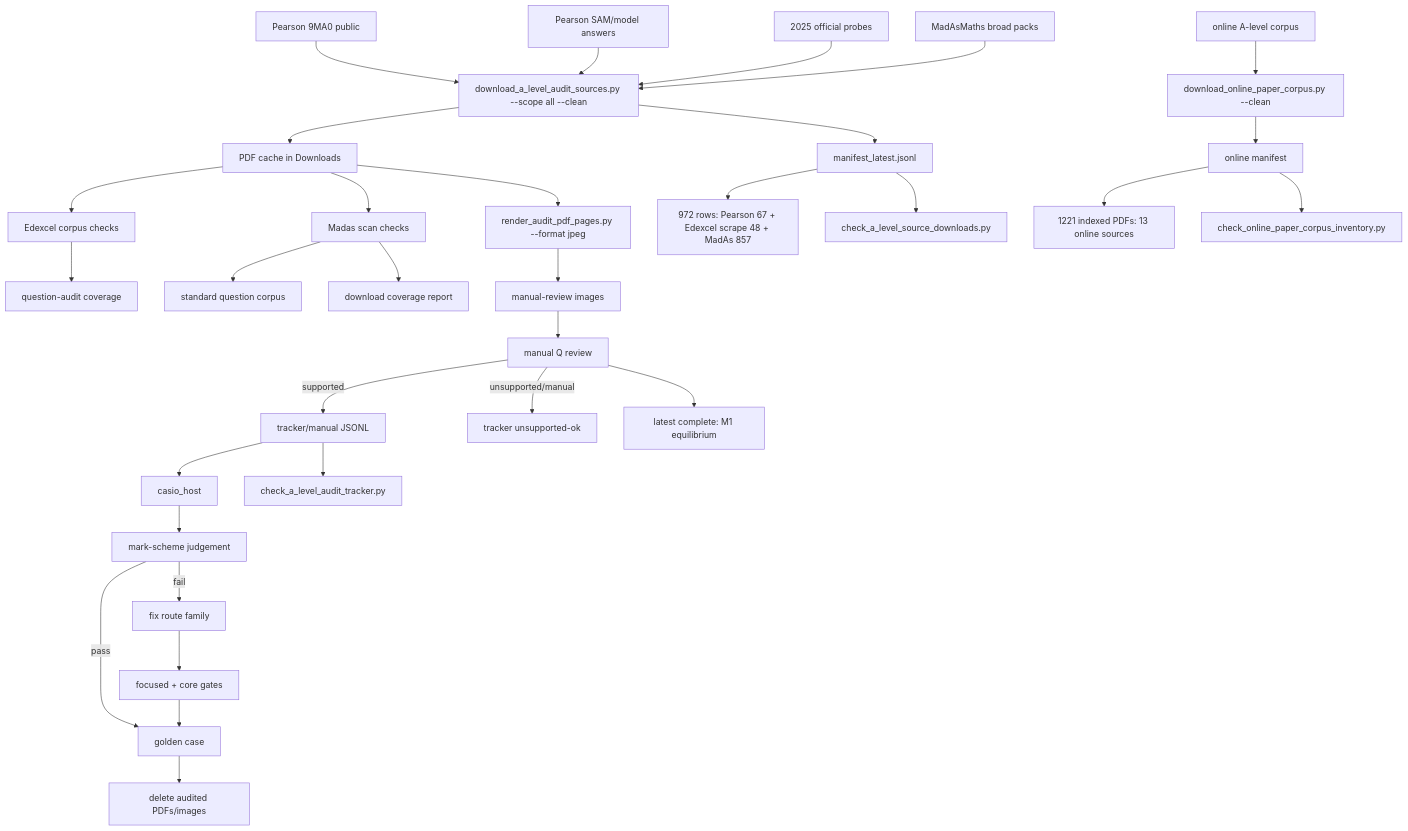
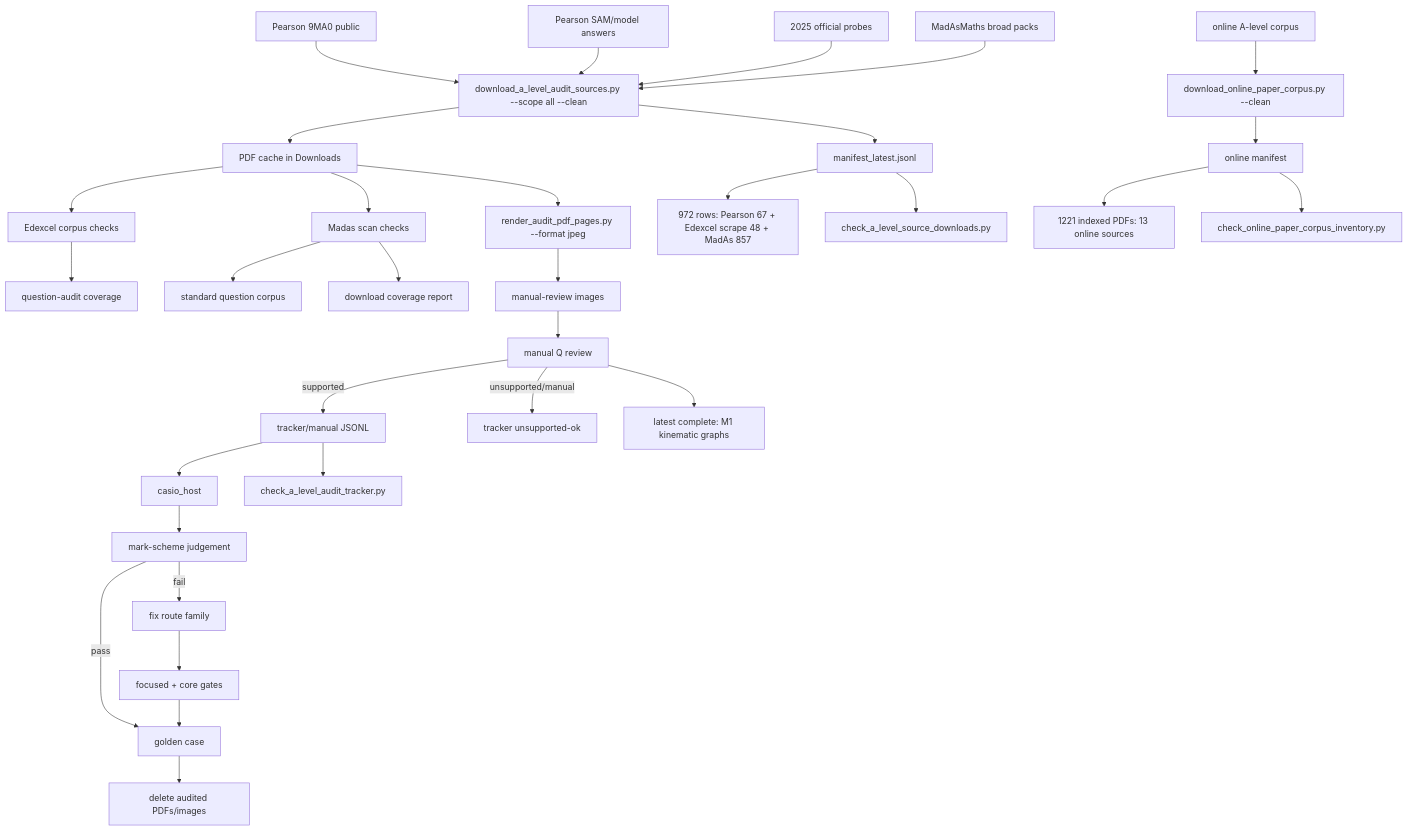
One commit to james8464/notes-addin-casio-fx-cg50 changed the diagram in c++/tools/golden/a_level_audit_graph.md. Above: the diagram before and after it, drawn with Mermaid. The commit also changed other lines of this file and 2 other files, not shown here.

Commit message:
Audit M1 kinematic graphs booklet

````diff
--- a/c++/tools/golden/a_level_audit_graph.md
+++ b/c++/tools/golden/a_level_audit_graph.md
@@ -3,34 +3,34 @@
 ```mermaid
 graph TD
   E1["Pearson 9MA0 public"] --> D["download_a_level_audit_sources.py --scope all --clean"]
   E2["Pearson SAM/model answers"] --> D
   E3["2025 official probes"] --> D
   M1["MadAsMaths broad packs"] --> D
   O1["online A-level corpus"] --> OD["download_online_paper_corpus.py --clean"]
   D --> P["PDF cache in Downloads"]
   D --> X["manifest_latest.jsonl"]
   OD --> OX["online manifest"]
   X --> XC["972 rows: Pearson 67 + Edexcel scrape 48 + MadAs 857"]
   OX --> OC["1221 indexed PDFs: 13 online sources"]
   X --> V["check_a_level_source_downloads.py"]
   OX --> OV["check_online_paper_corpus_inventory.py"]
   P --> E["Edexcel corpus checks"]
   E --> EQ["question-audit coverage"]
   P --> S["Madas scan checks"]
   S --> M["standard question corpus"]
   S --> MC["download coverage report"]
   P --> R["render_audit_pdf_pages.py --format jpeg"]
   R --> I["manual-review images"]
   I --> Q["manual Q review"]
   Q -->|supported| J["tracker/manual JSONL"]
   Q -->|unsupported/manual| U["tracker unsupported-ok"]
   J --> H["casio_host"]
   J --> K["check_a_level_audit_tracker.py"]
   H --> C["mark-scheme judgement"]
   C -->|pass| G["golden case"]
   C -->|fail| F["fix route family"]
   F --> T["focused + core gates"]
   T --> G
   G --> Z["delete audited PDFs/images"]
-  Q --> Qt["latest complete: M1 equilibrium"]
+  Q --> Qt["latest complete: M1 kinematic graphs"]
 ```
````
